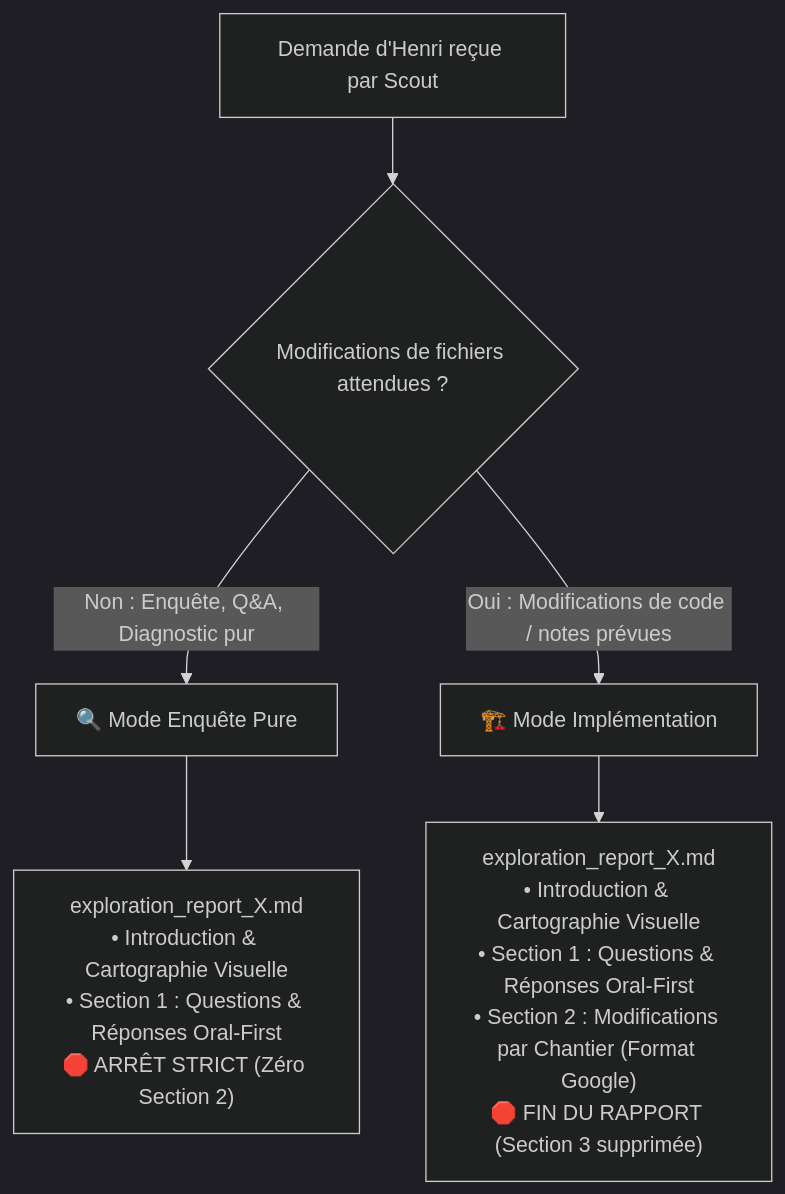
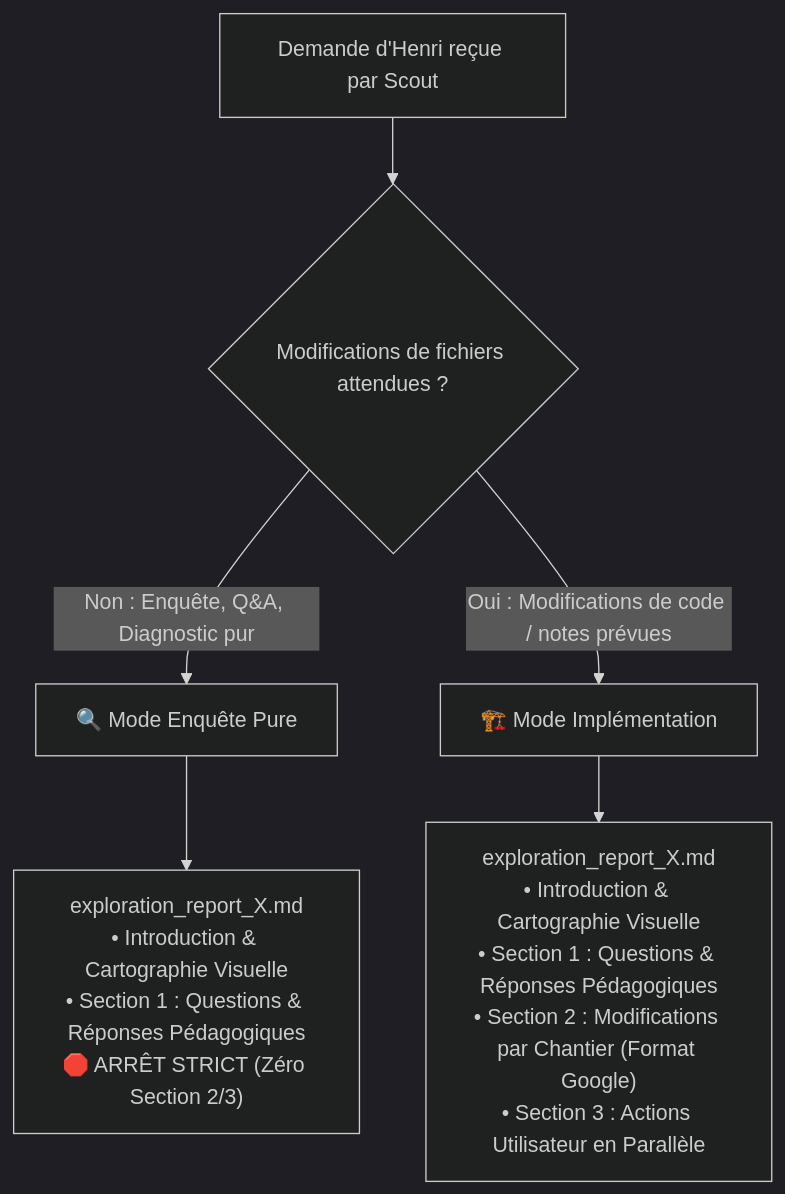
Before and after one commit to hjamet/cursor-memory-bank: the first of 2 diagrams in src/skills/scout/SKILL.md, drawn with Mermaid (dark theme). The commit also changed other lines of this file, not shown here.

Commit message:
feat(skills): enhance scout report pedagogy with bold data points and user parallel tasklist

````diff
--- a/src/skills/scout/SKILL.md
+++ b/src/skills/scout/SKILL.md
@@ -110,9 +110,9 @@
 ```mermaid
 flowchart TD
     DEMANDE["Demande d'Henri reçue par Scout"] --> EVAL{"Modifications de fichiers attendues ?"}
     EVAL -->|Non : Enquête, Q&A, Diagnostic pur| MODE_ENQUETE["🔍 Mode Enquête Pure"]
     EVAL -->|Oui : Modifications de code / notes prévues| MODE_BUILD["🏗️ Mode Implémentation"]
     
-    MODE_ENQUETE --> ART_1["exploration_report_X.md<br/>• Introduction & Cartographie Visuelle<br/>• Section 1 : Questions & Réponses Oral-First<br/>🛑 ARRÊT STRICT (Zéro Section 2)"]
-    MODE_BUILD --> ART_2["exploration_report_X.md<br/>• Introduction & Cartographie Visuelle<br/>• Section 1 : Questions & Réponses Oral-First<br/>• Section 2 : Modifications par Chantier (Format Google)<br/>🛑 FIN DU RAPPORT (Section 3 supprimée)"]
+    MODE_ENQUETE --> ART_1["exploration_report_X.md<br/>• Introduction & Cartographie Visuelle<br/>• Section 1 : Questions & Réponses Pédagogiques<br/>🛑 ARRÊT STRICT (Zéro Section 2/3)"]
+    MODE_BUILD --> ART_2["exploration_report_X.md<br/>• Introduction & Cartographie Visuelle<br/>• Section 1 : Questions & Réponses Pédagogiques<br/>• Section 2 : Modifications par Chantier (Format Google)<br/>• Section 3 : Actions Utilisateur en Parallèle"]
 ```
````
